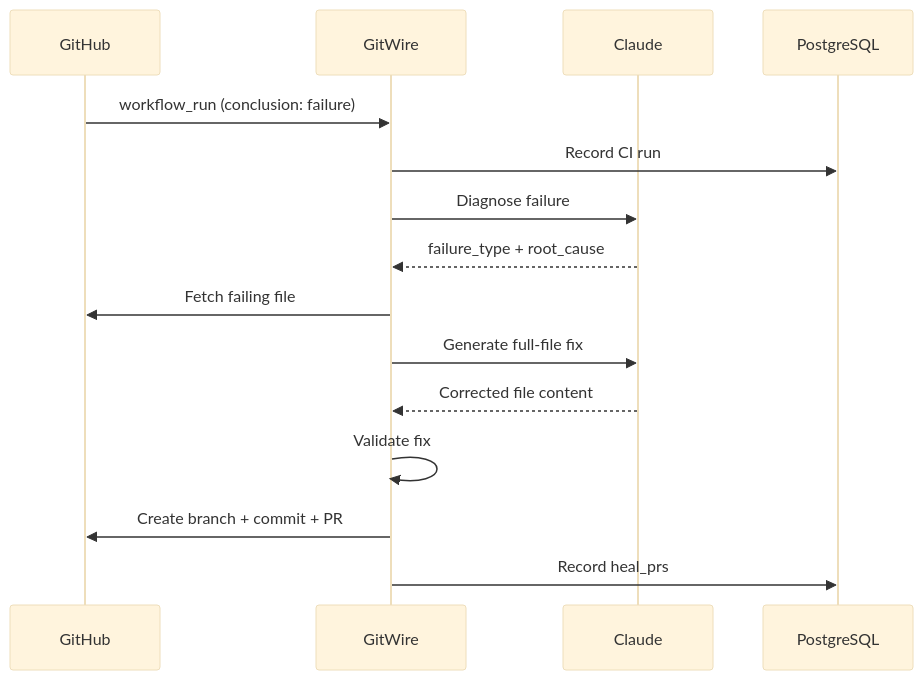
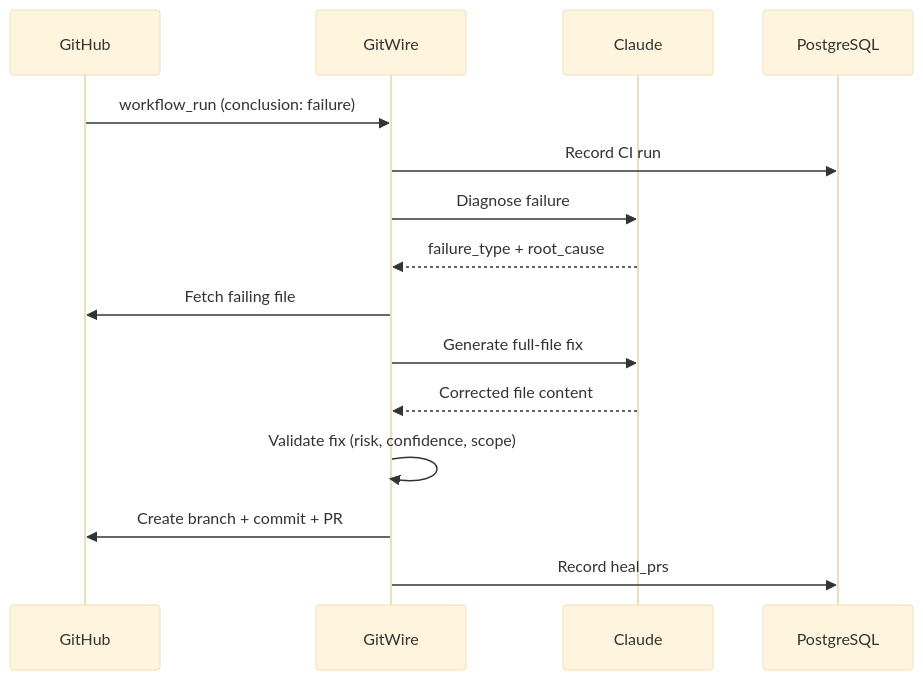
One commit to Octo-Lex/GitWire changed the third of 5 diagrams in docs/architecture/data-flow.md. Above: the diagram before and after it, drawn with Mermaid (base theme). The commit also changed other lines of this file and 9 other files, not shown here.

````diff
--- a/docs/architecture/data-flow.md
+++ b/docs/architecture/data-flow.md
@@ -58,18 +79,18 @@
 ```mermaid
 sequenceDiagram
     participant GH as GitHub
     participant APP as GitWire
     participant AI as Claude
     participant DB as PostgreSQL
 
     GH->>APP: workflow_run (conclusion: failure)
     APP->>DB: Record CI run
     APP->>AI: Diagnose failure
     AI-->>APP: failure_type + root_cause
     APP->>GH: Fetch failing file
     APP->>AI: Generate full-file fix
     AI-->>APP: Corrected file content
-    APP->>APP: Validate fix
+    APP->>APP: Validate fix (risk, confidence, scope)
     APP->>GH: Create branch + commit + PR
     APP->>DB: Record heal_prs
 ```
````
